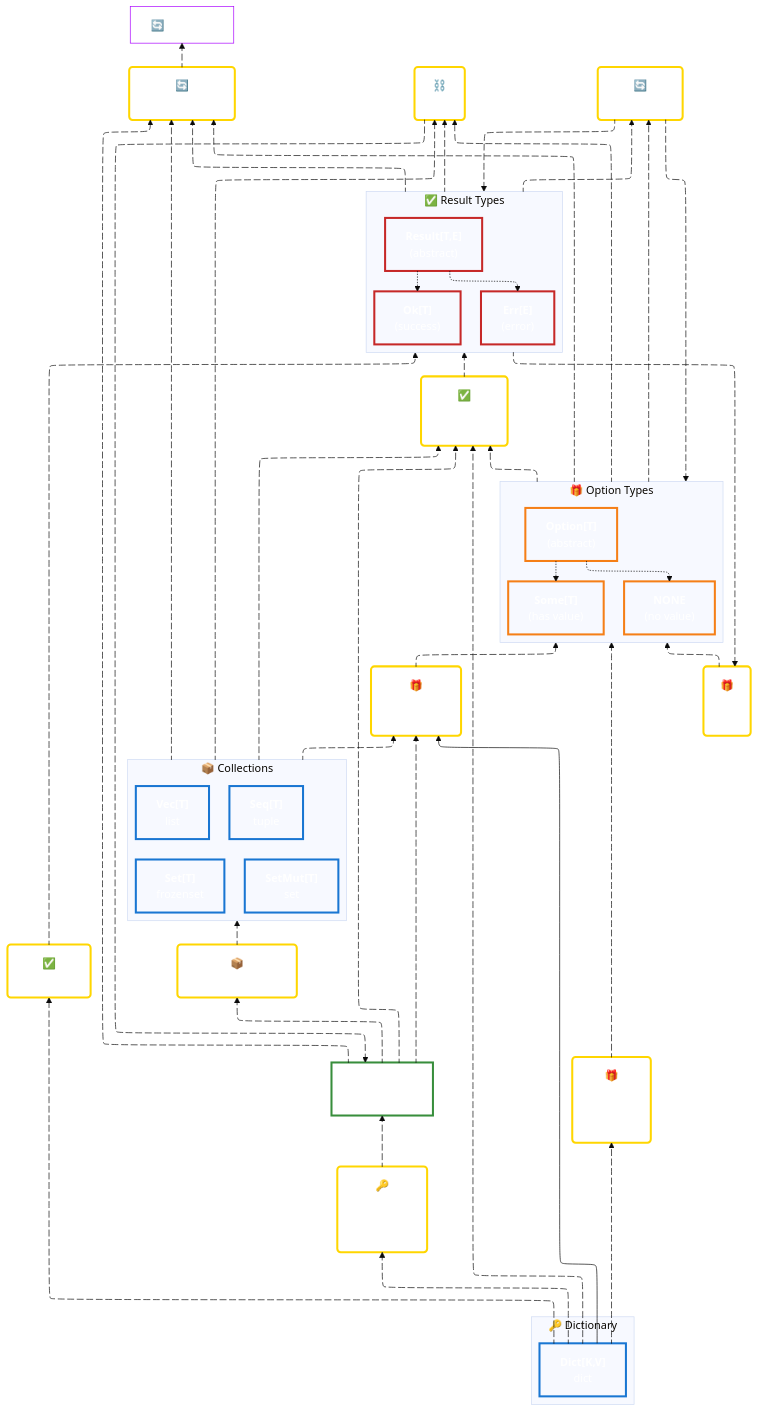
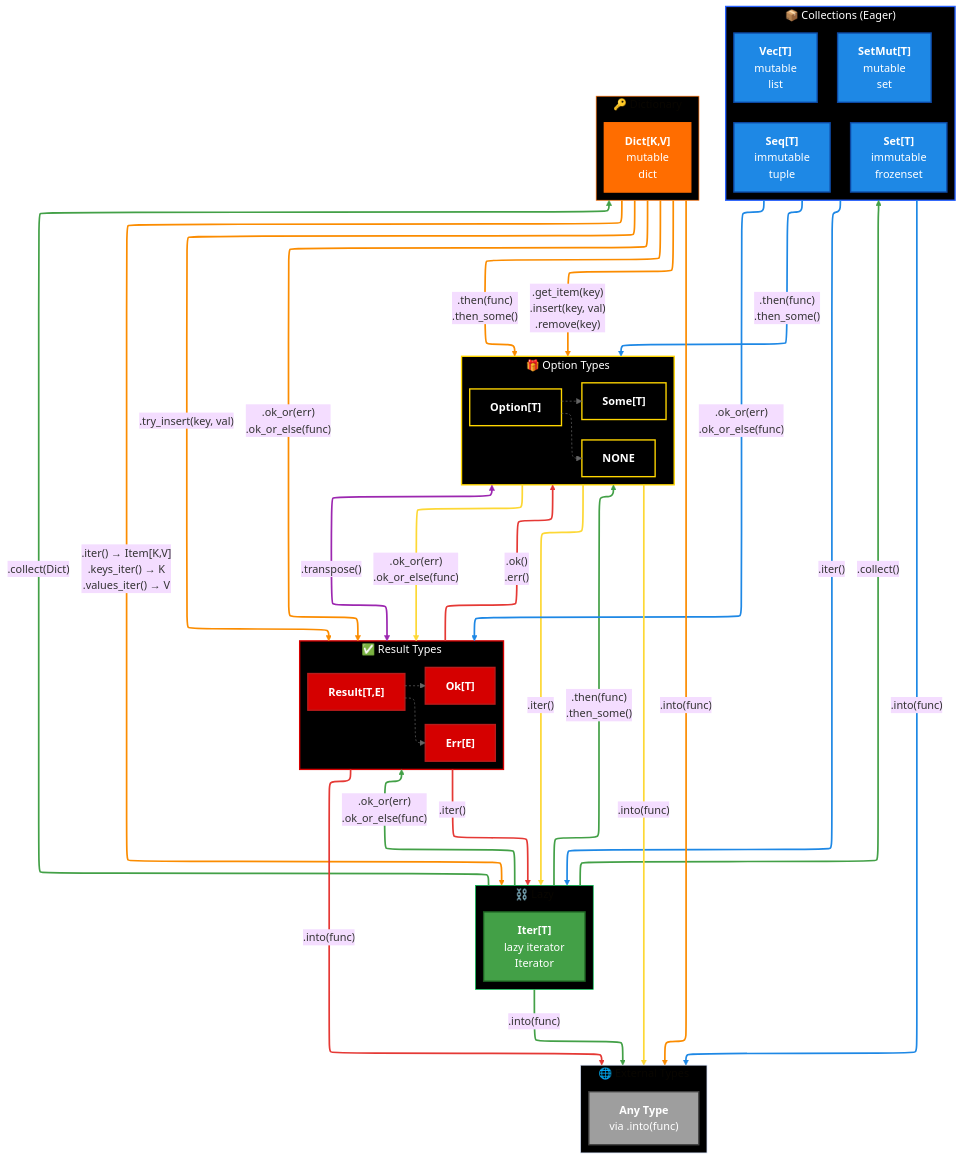
The diagram in docs/interoperability.md (OutSquareCapital/pyochain), drawn with Mermaid (base theme) before and after one commit. The commit also changed other lines of this file, not shown here.

Commit message:
refactored interop graph

````diff
--- a/docs/interoperability.md
+++ b/docs/interoperability.md
@@ -103,172 +103,128 @@
 config:
   layout: elk
 ---
-flowchart BT
- subgraph Collections["📦 Collections"]
-    direction TB
-        Seq["<b>Seq[T]</b><br>tuple"]
-        Vec["<b>Vec[T]</b><br>list"]
-        Set["<b>Set[T]</b><br>frozenset"]
-        SetMut["<b>SetMut[T]</b><br>set"]
+flowchart TB
+ subgraph Collections["📦 Collections (Eager)"]
+    direction LR
+        Seq["<b>Seq[T]</b><br>immutable<br>tuple"]
+        Vec["<b>Vec[T]</b><br>mutable<br>list"]
+        Set["<b>Set[T]</b><br>immutable<br>frozenset"]
+        SetMut["<b>SetMut[T]</b><br>mutable<br>set"]
+  end
+ subgraph Lazy["⛓️ Lazy"]
+    direction LR
+        Iter["<b>Iter[T]</b><br>lazy iterator<br>Iterator"]
   end
  subgraph DictGroup["🔑 Dictionary"]
-    direction TB
-        Dict["<b>Dict[K,V]</b><br>dict"]
+    direction LR
+        Dict["<b>Dict[K,V]</b><br>mutable<br>dict"]
   end
  subgraph OptionGroup["🎁 Option Types"]
-    direction TB
-        Option["<b>Option[T]</b><br>(abstract)"]
-        Some["<b>Some[T]</b><br>(has value)"]
-        NONE["<b>NONE</b><br>(no value)"]
+    direction LR
+        Option["<b>Option[T]</b>"]
+        Some["<b>Some[T]</b>"]
+        NONE["<b>NONE</b>"]
   end
  subgraph ResultGroup["✅ Result Types"]
-    direction TB
-        Result["<b>Result[T,E]</b><br>(abstract)"]
-        Ok["<b>Ok[T]</b><br>(success)"]
-        Err["<b>Err[E]</b><br>(error)"]
+    direction LR
+        Result["<b>Result[T,E]</b>"]
+        Ok["<b>Ok[T]</b>"]
+        Err["<b>Err[E]</b>"]
   end
-
+ subgraph External["🌐 External Types"]
+    direction LR
+        AnyType["<b>Any Type</b><br>via .into(func)"]
+  end
     Option -.-> Some & NONE
     Result -.-> Ok & Err
-    Collections L_Coll_Into_0@--> Into["🔄<br><b>.into(func/type)</b>"]
-    Iter L_Iter_Into_0@--> Into
-    OptionGroup L_Opt_Into_0@--> Into
-    ResultGroup L_Res_Into_0@--> Into
-    
-    Into L_Into_Any_0@--> AnyType["🔄 Any Type"]
-    Collections L_Coll_Iter_0@--> IterMethod["⛓️<br><b>.iter()</b>"]
-    OptionGroup L_Opt_Iter_0@--> IterMethod
-    ResultGroup L_Res_Iter_0@--> IterMethod
-    IterMethod L_IterMethod_Iter_0@--> Iter["<b>Iter[T]</b><br>lazy iterator"]
-    Dict L_Dict_Iter_0@--> DictIterMethod["🔑<br><b>.keys_iter()</b><br><b>.values_iter()</b><br><b>.iter()</b>"]
-    DictIterMethod L_DictIter_Iter_0@--> Iter
-    
-    Dict L_Dict_Opt_0@--> DictOptMethod["🎁<br><b>.get_item()</b><br><b>.insert()</b><br><b>.remove()</b>"]
-    DictOptMethod L_DictOpt_Opt_0@--> OptionGroup
-    
-    Dict L_Dict_Res_0@--> DictResMethod["✅<br><b>.try_insert()</b>"]
-    DictResMethod L_DictRes_Res_0@--> ResultGroup
-    Collections L_Coll_CheckOpt_0@--> CheckOptMethod["🎁<br><b>.then()</b><br><b>.then_some()</b>"]
-    Iter L_Iter_CheckOpt_0@--> CheckOptMethod
-    Dict L_Dict_CheckOpt_0@--> CheckOptMethod
-    CheckOptMethod L_CheckOpt_Opt_0@--> OptionGroup
-
-    Collections L_Coll_CheckRes_0@--> CheckResMethod["✅<br><b>.ok_or(err)</b><br><b>.ok_or_else()</b>"]
-    Iter L_Iter_CheckRes_0@--> CheckResMethod
-    Dict L_Dict_CheckRes_0@--> CheckResMethod
-    OptionGroup L_Opt_CheckRes_0@--> CheckResMethod
-    CheckResMethod L_CheckRes_Res_0@--> ResultGroup
-    
-    ResultGroup L_Res_Opt_0@--> ResOptMethod["🎁<br><b>.ok()</b><br><b>.err()</b>"]
-    ResOptMethod L_ResOpt_Opt_0@--> OptionGroup
-    
-    OptionGroup L_Opt_Trans_0@--> TransposeMethod["🔄<br><b>.transpose()</b>"]
-    ResultGroup L_Res_Trans_0@--> TransposeMethod
-    TransposeMethod L_Trans_Opt_0@--> OptionGroup
-    TransposeMethod L_Trans_Res_0@--> ResultGroup
-    Iter L_Iter_Coll_0@--> CollectMethod["📦<br><b>.collect(func/type)</b>"]
-    CollectMethod L_CollBack_0@--> Collections
-    IterMethod@{ shape: rounded}
-    DictIterMethod@{ shape: rounded}
-    Into@{ shape: rounded}
-    CheckResMethod@{ shape: rounded}
-    ResOptMethod@{ shape: rounded}
-    CollectMethod@{ shape: rounded}
-    CheckOptMethod@{ shape: rounded}
-    TransposeMethod@{ shape: rounded}
-    DictOptMethod@{ shape: rounded}
-    DictResMethod@{ shape: rounded}
+    Collections -- ".iter()" --> Lazy
+    Lazy -- ".collect()" --> Collections
+    Lazy -- ".collect(Dict)" --> DictGroup
+    DictGroup -- ".iter() → Item[K,V]<br>.keys_iter() → K<br>.values_iter() → V" --> Lazy
+    OptionGroup -- ".iter()" --> Lazy
+    ResultGroup -- ".iter()" --> Lazy
+    DictGroup -- ".get_item(key)<br>.insert(key, val)<br>.remove(key)" --> OptionGroup
+    DictGroup -- ".try_insert(key, val)" --> ResultGroup
+    Collections -- ".then(func)<br>.then_some()" --> OptionGroup
+    Lazy -- ".then(func)<br>.then_some()" --> OptionGroup
+    DictGroup -- ".then(func)<br>.then_some()" --> OptionGroup
+    Collections -- ".ok_or(err)<br>.ok_or_else(func)" --> ResultGroup
+    Lazy -- ".ok_or(err)<br>.ok_or_else(func)" --> ResultGroup
+    DictGroup -- ".ok_or(err)<br>.ok_or_else(func)" --> ResultGroup
+    OptionGroup -- ".ok_or(err)<br>.ok_or_else(func)" --> ResultGroup
+    ResultGroup -- ".ok()<br>.err()" --> OptionGroup
+    OptionGroup L_OptionGroup_ResultGroup_2@<-- ".transpose()" --> ResultGroup
+    Collections -- ".into(func)" --> External
+    Lazy -- ".into(func)" --> External
+    DictGroup -- ".into(func)" --> External
+    OptionGroup -- ".into(func)" --> External
+    ResultGroup -- ".into(func)" --> External
 
      Seq:::collectionsStyle
      Vec:::collectionsStyle
      Set:::collectionsStyle
      SetMut:::collectionsStyle
-     Dict:::collectionsStyle
+     Iter:::iterStyle
+     Dict:::dictStyle
      Option:::optionStyle
      Some:::optionStyle
      NONE:::optionStyle
      Result:::resultStyle
      Ok:::resultStyle
      Err:::resultStyle
-     IterMethod:::iterMethodStyle
-     DictIterMethod:::iterMethodStyle
-     Into:::intoStyle
-     CheckResMethod:::okOrMethodStyle
-     DictResMethod:::okOrMethodStyle
-     ResOptMethod:::okMethodStyle
-     CheckOptMethod:::okMethodStyle
-     DictOptMethod:::okMethodStyle
-     TransposeMethod:::intoStyle
-     Iter:::iterStyle
-     CollectMethod:::collectMethodStyle
-     AnyType:::anyStyle
+     AnyType:::externalStyle
+     Collections:::collectionsStyle
+     OptionGroup:::optionStyle
+     ResultGroup:::resultStyle
+    classDef collectionsStyle fill:#1e88e5,stroke:#0d47a1,stroke-width:2px,color:#fff
+    classDef iterStyle fill:#43a047,stroke:#1b5e20,stroke-width:2px,color:#fff
+    classDef dictStyle fill:#fb8c00,stroke:#e65100,stroke-width:2px,color:#fff
+    classDef optionStyle fill:#fdd835,stroke:#f57f17,stroke-width:2px,color:#000
+    classDef resultStyle fill:#e53935,stroke:#b71c1c,stroke-width:2px,color:#fff
+    classDef externalStyle fill:#9e9e9e,stroke:#424242,stroke-width:2px,color:#fff
+    style Seq color:none
+    style Vec color:none
+    style Set color:none
+    style SetMut color:none
+    style Dict fill:#FF6D00,color:none,stroke:#FF6D00
+    style Option color:#FFFFFF,fill:transparent,stroke:#FFD600
+    style Some color:#FFFFFF,fill:transparent,stroke:#FFD600
+    style NONE color:#FFFFFF,fill:transparent,stroke:#FFD600
+    style Result fill:#D50000
+    style Ok fill:#D50000
+    style Err fill:#D50000
+    style Collections fill:#000000,color:none,stroke:#2962FF
+    style Lazy fill:#000000,stroke:#00C853
+    style DictGroup fill:#000000,color:none,stroke:#FF6D00
+    style OptionGroup fill:#000000,color:#FFFFFF,stroke:#FFD600
+    style ResultGroup fill:#000000,stroke:#D50000
+    style External fill:#000000
+    linkStyle 0 stroke:#666,stroke-width:1px,stroke-dasharray:3,fill:none
+    linkStyle 1 stroke:#666,stroke-width:1px,stroke-dasharray:3,fill:none
+    linkStyle 2 stroke:#666,stroke-width:1px,stroke-dasharray:3,fill:none
+    linkStyle 3 stroke:#666,stroke-width:1px,stroke-dasharray:3,fill:none
+    linkStyle 4 stroke:#1e88e5,stroke-width:2.5px,fill:none
+    linkStyle 5 stroke:#43a047,stroke-width:2.5px,fill:none
+    linkStyle 6 stroke:#43a047,stroke-width:2.5px,fill:none
+    linkStyle 7 stroke:#fb8c00,stroke-width:2.5px,fill:none
+    linkStyle 8 stroke:#fdd835,stroke-width:2.5px,fill:none
+    linkStyle 9 stroke:#e53935,stroke-width:2.5px,fill:none
+    linkStyle 10 stroke:#fb8c00,stroke-width:2.5px,fill:none
+    linkStyle 11 stroke:#fb8c00,stroke-width:2.5px,fill:none
+    linkStyle 12 stroke:#1e88e5,stroke-width:2.5px,fill:none
+    linkStyle 13 stroke:#43a047,stroke-width:2.5px,fill:none
+    linkStyle 14 stroke:#fb8c00,stroke-width:2.5px,fill:none
+    linkStyle 15 stroke:#1e88e5,stroke-width:2.5px,fill:none
+    linkStyle 16 stroke:#43a047,stroke-width:2.5px,fill:none
+    linkStyle 17 stroke:#fb8c00,stroke-width:2.5px,fill:none
+    linkStyle 18 stroke:#fdd835,stroke-width:2.5px,fill:none
+    linkStyle 19 stroke:#e53935,stroke-width:2.5px,fill:none
+    linkStyle 20 stroke:#9c27b0,stroke-width:2.5px,fill:none
+    linkStyle 21 stroke:#1e88e5,stroke-width:2.5px,fill:none
+    linkStyle 22 stroke:#43a047,stroke-width:2.5px,fill:none
+    linkStyle 23 stroke:#fb8c00,stroke-width:2.5px,fill:none
+    linkStyle 24 stroke:#fdd835,stroke-width:2.5px,fill:none
+    linkStyle 25 stroke:#e53935,stroke-width:2.5px,fill:none
 
-    classDef collectionsStyle fill:#e3f2fd,stroke:#1976d2,stroke-width:3px,color:#000
-    classDef iterMethodStyle fill:#c8e6c9,stroke:#2e7d32,stroke-width:3px,color:#000
-    classDef iterStyle fill:#e8f5e9,stroke:#388e3c,stroke-width:3px,color:#000
-    classDef collectMethodStyle fill:#b3e5fc,stroke:#0277bd,stroke-width:3px,color:#000
-    classDef okOrMethodStyle fill:#ffccbc,stroke:#d84315,stroke-width:3px,color:#000
-    classDef okMethodStyle fill:#fff59d,stroke:#f9a825,stroke-width:3px,color:#000
-    classDef optionStyle fill:#fff9c4,stroke:#f57f17,stroke-width:3px,color:#000
-    classDef resultStyle fill:#ffebee,stroke:#c62828,stroke-width:3px,color:#000
-    classDef intoStyle fill:#e1bee7,stroke:#7b1fa2,stroke-width:3px,color:#000
-    classDef anyStyle fill:#f5f5f5,stroke:#616161,stroke-width:2px,stroke-dasharray:5,color:#000
-
-    style Seq fill:transparent,color:#FFFFFF
-    style Vec color:#FFFFFF,fill:transparent
-    style Set color:#FFFFFF,fill:transparent
-    style SetMut fill:transparent,color:#FFFFFF
-    style Dict color:#FFFFFF,fill:transparent
-    style Option fill:transparent,color:#FFFFFF
-    style Some fill:transparent,color:#FFFFFF
-    style NONE fill:transparent,color:#FFFFFF
-    style Result color:#FFFFFF,fill:transparent
-    style Ok color:#FFFFFF,fill:transparent
-    style Err color:#FFFFFF,fill:transparent
-    
-    style IterMethod fill:transparent,stroke:#FFD600,color:#FFFFFF
-    style Into stroke:#FFD600,fill:transparent,color:#FFFFFF
-    style CheckResMethod fill:transparent,stroke:#FFD600,color:#FFFFFF
-    style ResOptMethod fill:transparent,stroke:#FFD600,color:#FFFFFF
-    style CheckOptMethod fill:transparent,stroke:#FFD600,color:#FFFFFF
-    style CollectMethod fill:transparent,stroke:#FFD600,color:#FFFFFF
-    style AnyType stroke-width:1px,stroke-dasharray: 0,color:#FFFFFF,fill:transparent,stroke:#AA00FF
-    
-    style DictIterMethod fill:transparent,stroke:#FFD600,color:#FFFFFF
-    style DictOptMethod fill:transparent,stroke:#FFD600,color:#FFFFFF
-    style DictResMethod fill:transparent,stroke:#FFD600,color:#FFFFFF
-    style TransposeMethod fill:transparent,stroke:#FFD600,color:#FFFFFF
-    style Iter color:#FFFFFF,fill:transparent
-
-    L_Coll_Into_0@{ animation: slow }
-    L_Iter_Into_0@{ animation: slow }
-    L_Opt_Into_0@{ animation: slow }
-    L_Res_Into_0@{ animation: slow }
-    L_Into_Any_0@{ animation: slow }
-    L_Coll_Iter_0@{ animation: slow }
-    L_Opt_Iter_0@{ animation: slow }
-    L_Res_Iter_0@{ animation: slow }
-    L_IterMethod_Iter_0@{ animation: slow }
-    L_Dict_Iter_0@{ animation: slow }
-    L_DictIter_Iter_0@{ animation: slow }
-    L_Dict_Opt_0@{ animation: slow }
-    L_DictOpt_Opt_0@{ animation: slow }
-    L_Dict_Res_0@{ animation: slow }
-    L_DictRes_Res_0@{ animation: slow }
-    L_Coll_CheckOpt_0@{ animation: slow }
-    L_Iter_CheckOpt_0@{ animation: slow }
-    L_CheckOpt_Opt_0@{ animation: slow }
-    L_Coll_CheckRes_0@{ animation: slow }
-    L_Iter_CheckRes_0@{ animation: slow }
-    L_Dict_CheckRes_0@{ animation: slow }
-    L_Opt_CheckRes_0@{ animation: slow }
-    L_CheckRes_Res_0@{ animation: slow }
-    L_Res_Opt_0@{ animation: slow }
-    L_ResOpt_Opt_0@{ animation: slow }
-    L_Opt_Trans_0@{ animation: slow }
-    L_Res_Trans_0@{ animation: slow }
-    L_Trans_Opt_0@{ animation: slow }
-    L_Trans_Res_0@{ animation: slow }
-    L_Iter_Coll_0@{ animation: slow }
-    L_CollBack_0@{ animation: slow }
+    L_OptionGroup_ResultGroup_2@{ animation: none }
 ```
````
